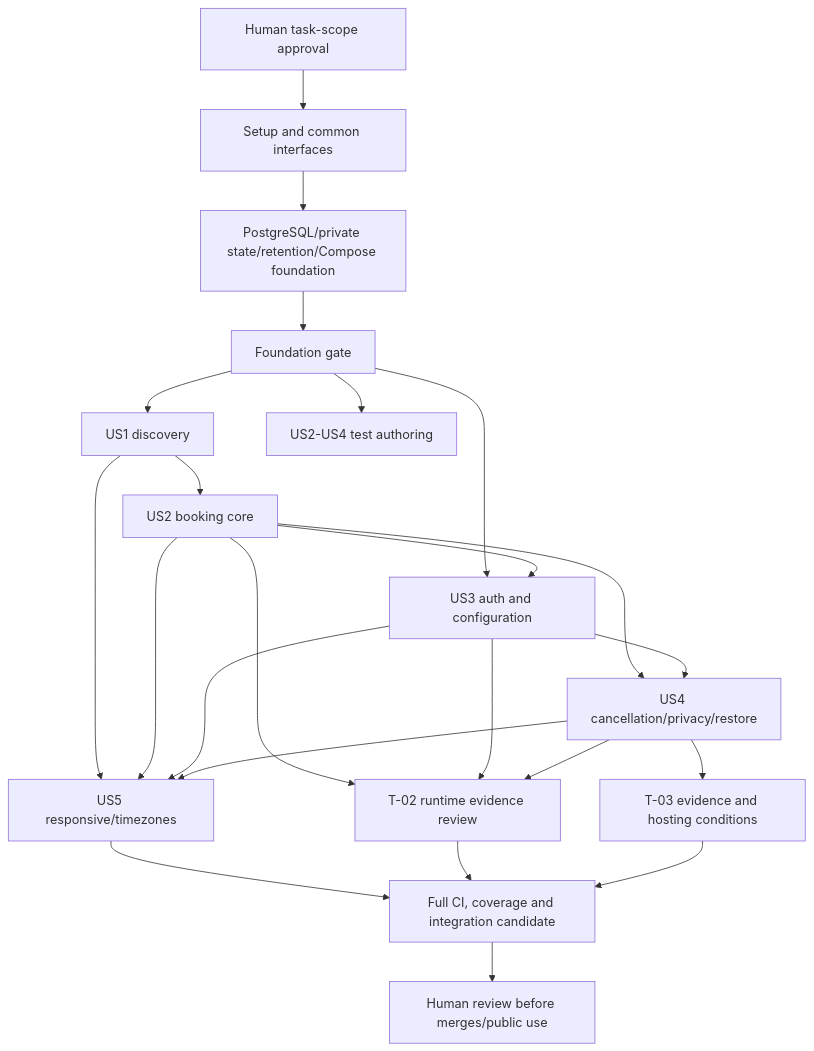
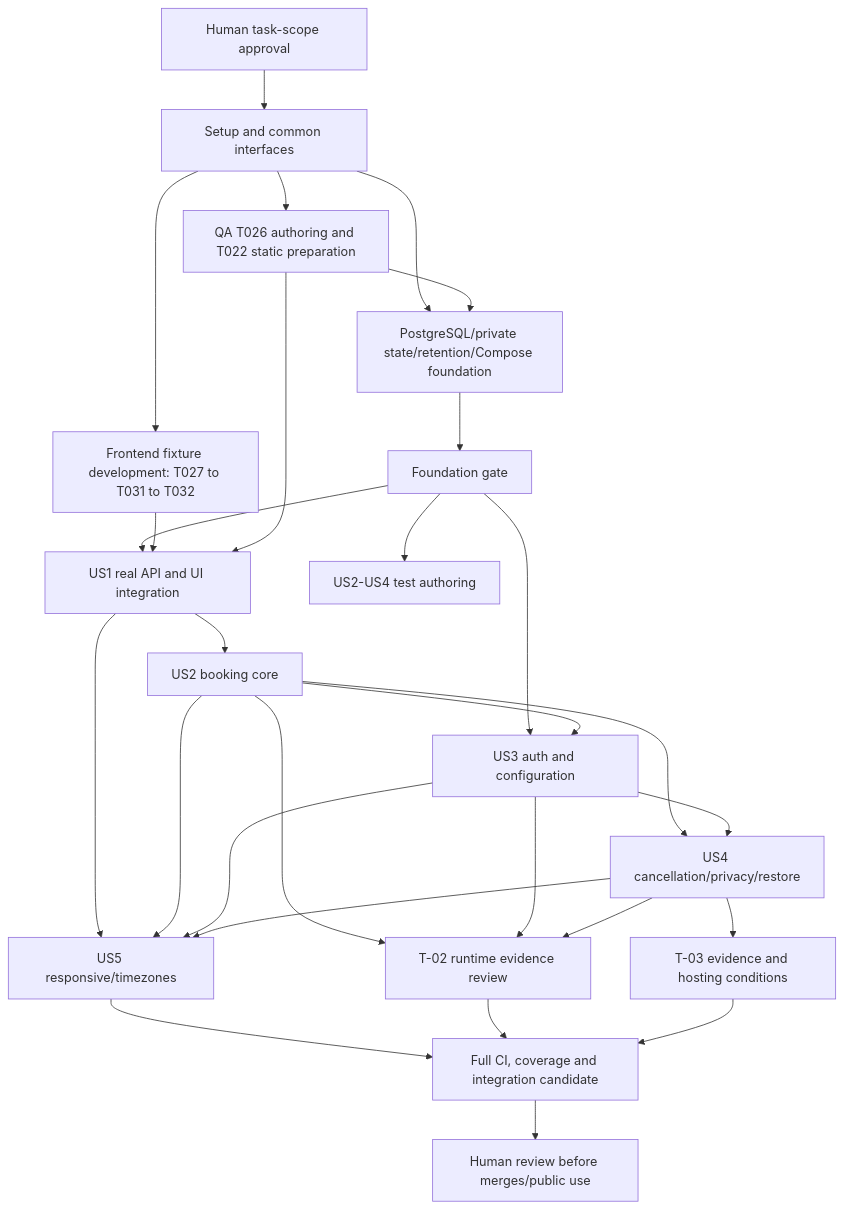
The diagram in specs/001-appointment-scheduling/tasks.md (vladimir-sf/slotbook), drawn with Mermaid before and after one commit. The commit also changed other lines of this file and 2 other files, not shown here.

Commit message:
docs: enable parallel SlotBook discovery preparation

````diff
--- a/specs/001-appointment-scheduling/tasks.md
+++ b/specs/001-appointment-scheduling/tasks.md
@@ -395,25 +427,30 @@
 ```mermaid
 flowchart TD
     H0[Human task-scope approval] --> S[Setup and common interfaces]
+    S --> M[Frontend fixture development: T027 to T031 to T032]
+    S --> Q[QA T026 authoring and T022 static preparation]
     S --> F[PostgreSQL/private state/retention/Compose foundation]
+    Q --> F
     F --> G[Foundation gate]
-    G --> A[US1 discovery]
+    G --> A[US1 real API and UI integration]
+    M --> A
+    Q --> A
     G --> AT[US2-US4 test authoring]
     A --> B[US2 booking core]
     G --> C[US3 auth and configuration]
     B --> C
     B --> D[US4 cancellation/privacy/restore]
     C --> D
     A --> E[US5 responsive/timezones]
     B --> E
     C --> E
     D --> E
     B --> R[T-02 runtime evidence review]
     C --> R
     D --> R
     D --> P[T-03 evidence and hosting conditions]
     E --> I[Full CI, coverage and integration candidate]
     R --> I
     P --> I
     I --> H[Human review before merges/public use]
 ```
````
